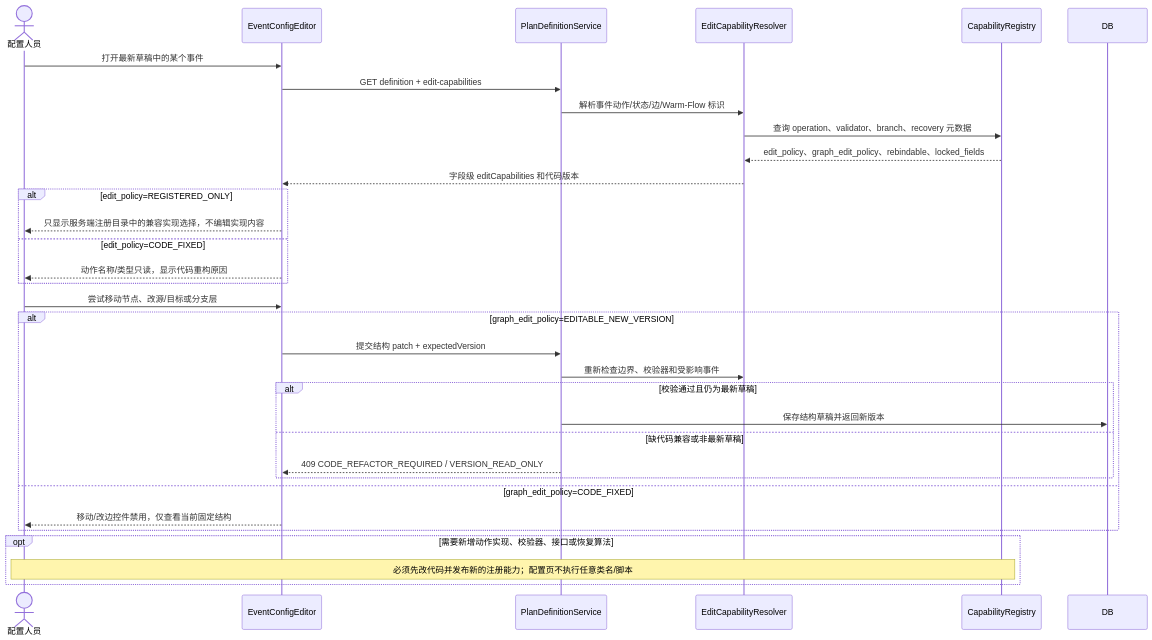
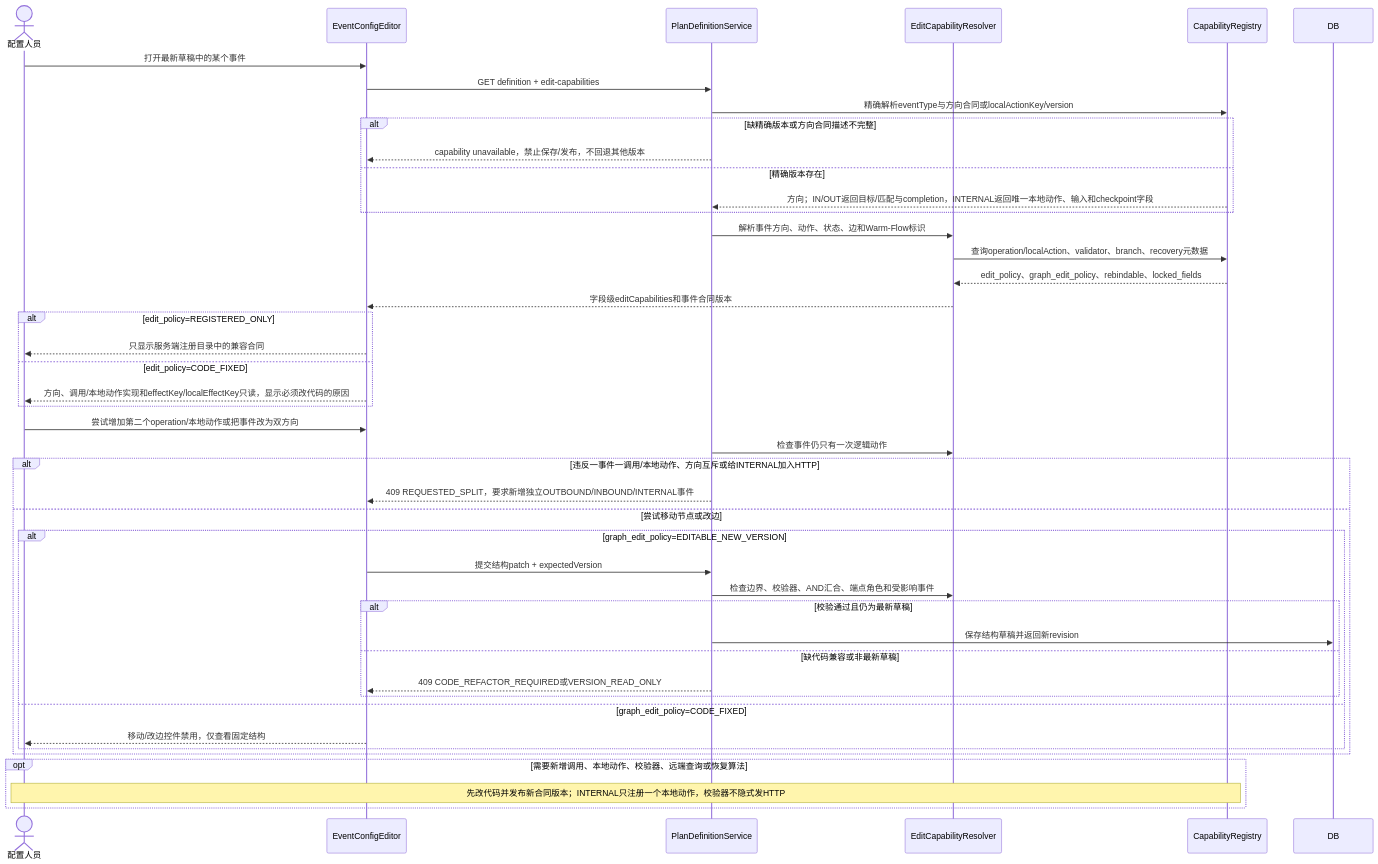
Diagram 16 of 36 in docs/plan-event-state-machine-sequences.md (Yohmien/innolux-iws), drawn with Mermaid before and after one commit. The commit also changed other lines of this file and 3 other files, not shown here.

````diff
--- a/docs/plan-event-state-machine-sequences.md
+++ b/docs/plan-event-state-machine-sequences.md
@@ -600,35 +879,46 @@
 ```mermaid
 sequenceDiagram
   actor U as 配置人员
   participant W as EventConfigEditor
   participant P as PlanDefinitionService
   participant C as EditCapabilityResolver
   participant R as CapabilityRegistry
   participant D as DB
   U->>W: 打开最新草稿中的某个事件
   W->>P: GET definition + edit-capabilities
-  P->>C: 解析事件动作/状态/边/Warm-Flow 标识
-  C->>R: 查询 operation、validator、branch、recovery 元数据
+  P->>R: 精确解析eventType与方向合同或localActionKey/version
+  alt 缺精确版本或方向合同描述不完整
+    P-->>W: capability unavailable，禁止保存/发布，不回退其他版本
+  else 精确版本存在
+    R-->>P: 方向；IN/OUT返回目标/匹配与completion，INTERNAL返回唯一本地动作、输入和checkpoint字段
+  end
+  P->>C: 解析事件方向、动作、状态、边和Warm-Flow标识
+  C->>R: 查询operation/localAction、validator、branch、recovery元数据
   R-->>C: edit_policy、graph_edit_policy、rebindable、locked_fields
-  C-->>W: 字段级 editCapabilities 和代码版本
+  C-->>W: 字段级editCapabilities和事件合同版本
   alt edit_policy=REGISTERED_ONLY
-    W-->>U: 只显示服务端注册目录中的兼容实现选择，不编辑实现内容
+    W-->>U: 只显示服务端注册目录中的兼容合同
   else edit_policy=CODE_FIXED
-    W-->>U: 动作名称/类型只读，显示代码重构原因
+    W-->>U: 方向、调用/本地动作实现和effectKey/localEffectKey只读，显示必须改代码的原因
   end
-  U->>W: 尝试移动节点、改源/目标或分支层
-  alt graph_edit_policy=EDITABLE_NEW_VERSION
-    W->>P: 提交结构 patch + expectedVersion
-    P->>C: 重新检查边界、校验器和受影响事件
-    alt 校验通过且仍为最新草稿
-      P->>D: 保存结构草稿并返回新版本
-    else 缺代码兼容或非最新草稿
-      P-->>W: 409 CODE_REFACTOR_REQUIRED / VERSION_READ_ONLY
+  U->>W: 尝试增加第二个operation/本地动作或把事件改为双方向
+  P->>C: 检查事件仍只有一次逻辑动作
+  alt 违反一事件一调用/本地动作、方向互斥或给INTERNAL加入HTTP
+    P-->>W: 409 REQUESTED_SPLIT，要求新增独立OUTBOUND/INBOUND/INTERNAL事件
+  else 尝试移动节点或改边
+    alt graph_edit_policy=EDITABLE_NEW_VERSION
+      W->>P: 提交结构patch + expectedVersion
+      P->>C: 检查边界、校验器、AND汇合、端点角色和受影响事件
+      alt 校验通过且仍为最新草稿
+        P->>D: 保存结构草稿并返回新revision
+      else 缺代码兼容或非最新草稿
+        P-->>W: 409 CODE_REFACTOR_REQUIRED或VERSION_READ_ONLY
+      end
+    else graph_edit_policy=CODE_FIXED
+      W-->>U: 移动/改边控件禁用，仅查看固定结构
     end
-  else graph_edit_policy=CODE_FIXED
-    W-->>U: 移动/改边控件禁用，仅查看当前固定结构
   end
-  opt 需要新增动作实现、校验器、接口或恢复算法
-    Note over U,R: 必须先改代码并发布新的注册能力；配置页不执行任意类名/脚本
+  opt 需要新增调用、本地动作、校验器、远端查询或恢复算法
+    Note over U,R: 先改代码并发布新合同版本；INTERNAL只注册一个本地动作，校验器不隐式发HTTP
   end
 ```
````
